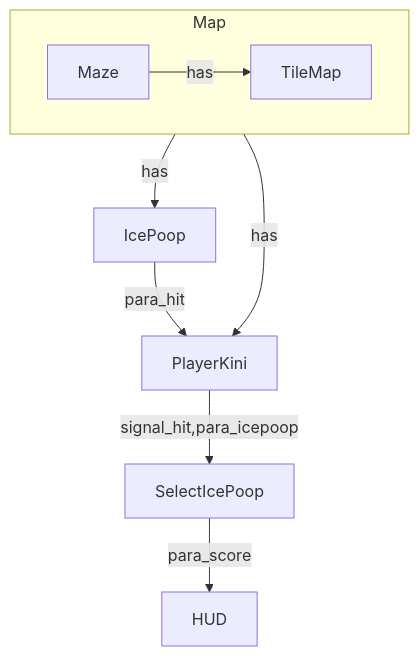
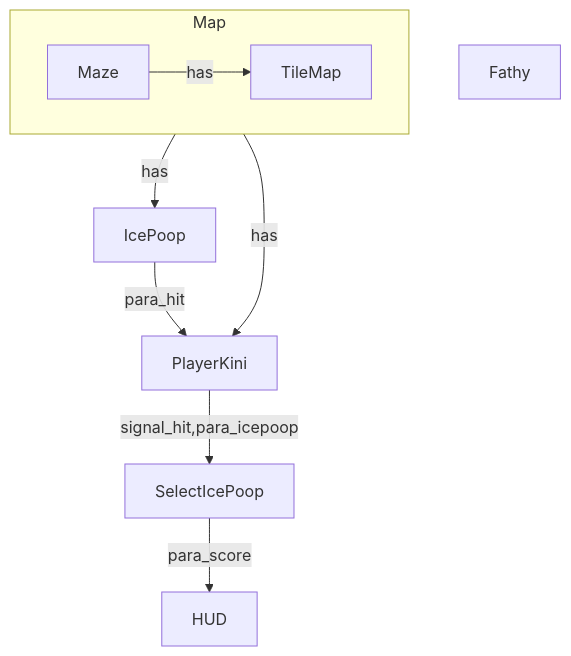
Before and after one commit to arsany007/BollyTheMalt: the diagram in README.md, drawn with Mermaid. The commit also changed 5 other files, not shown here.

Commit message:
Inital version of DiagramsGenerator plugin

````diff
--- a/README.md
+++ b/README.md
@@ -20,17 +20,19 @@
 ```mermaid
 flowchart TD
 
 M[Maze] -->|has| P[PlayerKini]
 M[Maze] -->|has| I[IcePoop]
+F[Fathy] 
+
 
 subgraph Map
     direction LR
     M[Maze] -->|has| TM[TileMap]
 end
 
 I -->|para_hit| P
 P -->|signal_hit,para_icepoop| S[SelectIcePoop]
 
 S -->|para_score| H[HUD]
 
 ```
````
